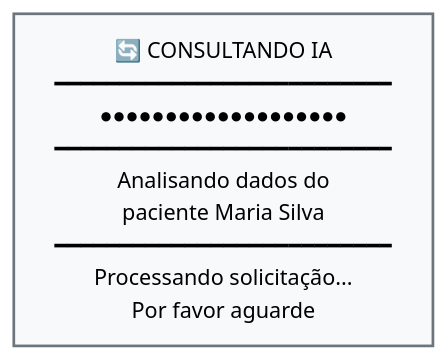
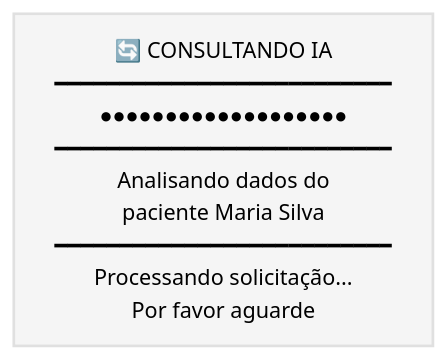
Before and after one commit to brunovlucena/prontuario: the tenth of 15 diagrams in DESIGN.md, drawn with Mermaid (base theme). The commit also changed other lines of this file, not shown here.

````diff
--- a/DESIGN.md
+++ b/DESIGN.md
@@ -197,6 +223,6 @@
 ```mermaid
 flowchart TD
     LoadingState["🔄 CONSULTANDO IA<br/>━━━━━━━━━━━━━━━━━━━━━━━━━━<br/>●●●●●●●●●●●●●●●●●●●<br/>━━━━━━━━━━━━━━━━━━━━━━━━━━<br/>Analisando dados do<br/>paciente Maria Silva<br/>━━━━━━━━━━━━━━━━━━━━━━━━━━<br/>Processando solicitação...<br/>Por favor aguarde"]
 
-    style LoadingState fill:#F8F9FA,stroke:#6C757D,stroke-width:2px,color:#000
+    style LoadingState fill:#F5F5F5,stroke:#E0E0E0,stroke-width:2px,color:#000
 ```
````
